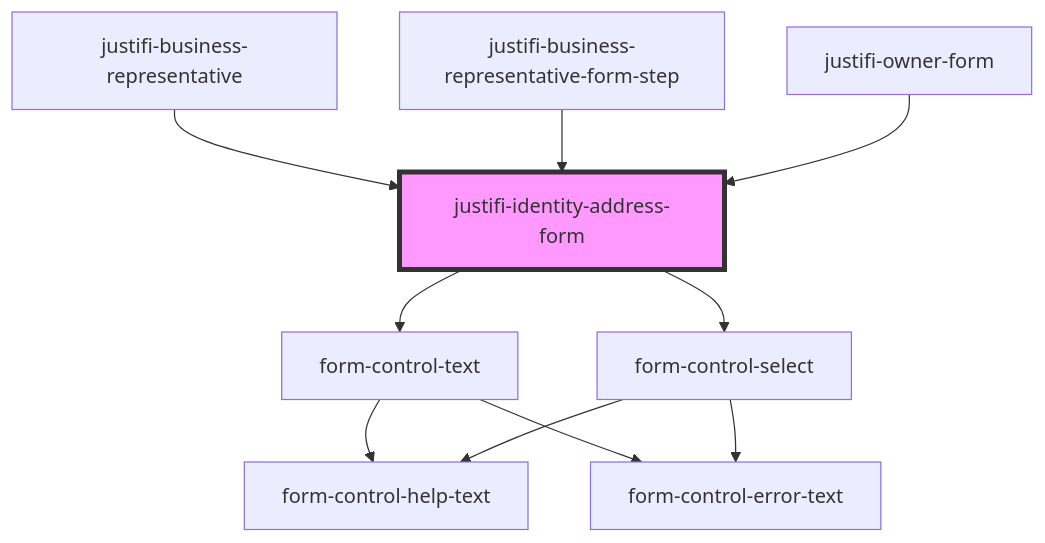
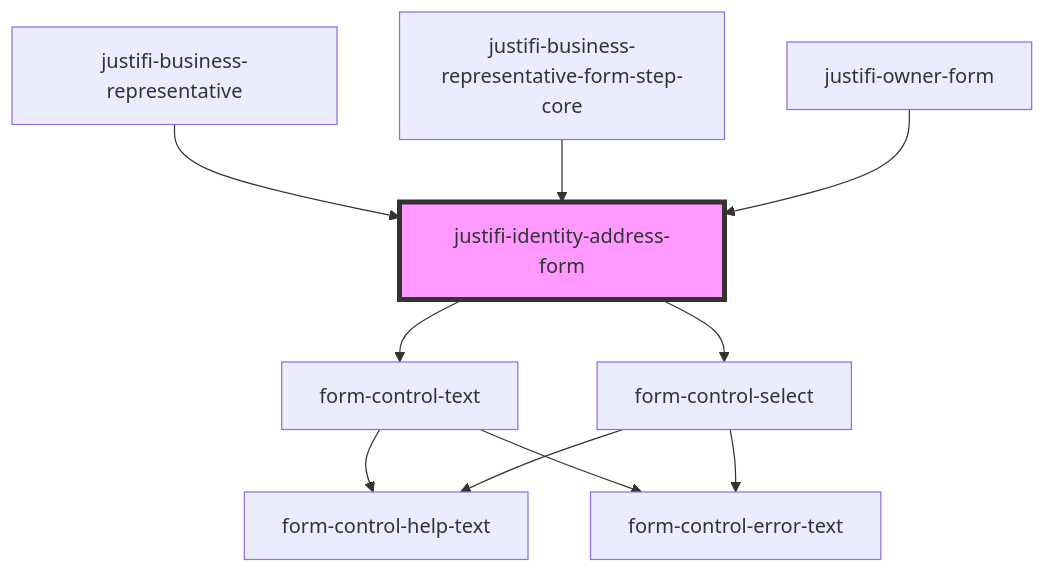
The diagram in packages/webcomponents/src/components/business-forms/owner-form/identity-address/readme.md (justifi-tech/web-component-library), drawn with Mermaid before and after one commit. The commit also changed other lines of this file and 6 other files, not shown here.

Commit message:
Render core component inside refactored representative-form-step component

````diff
--- a/packages/webcomponents/src/components/business-forms/owner-form/identity-address/readme.md
+++ b/packages/webcomponents/src/components/business-forms/owner-form/identity-address/readme.md
@@ -31,13 +31,13 @@
 ```mermaid
 graph TD;
   justifi-identity-address-form --> form-control-text
   justifi-identity-address-form --> form-control-select
   form-control-text --> form-control-help-text
   form-control-text --> form-control-error-text
   form-control-select --> form-control-help-text
   form-control-select --> form-control-error-text
   justifi-business-representative --> justifi-identity-address-form
-  justifi-business-representative-form-step --> justifi-identity-address-form
+  justifi-business-representative-form-step-core --> justifi-identity-address-form
   justifi-owner-form --> justifi-identity-address-form
   style justifi-identity-address-form fill:#f9f,stroke:#333,stroke-width:4px
 ```
````
